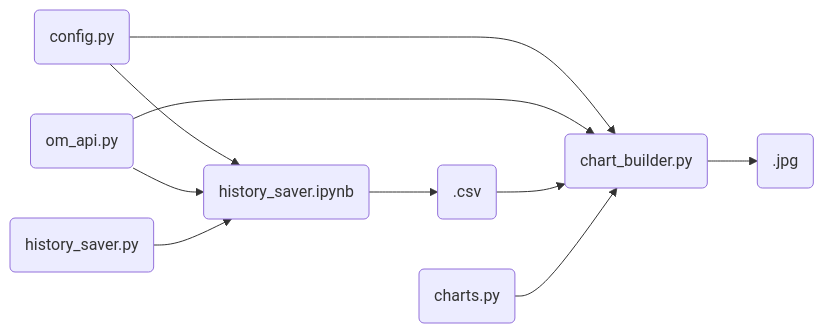
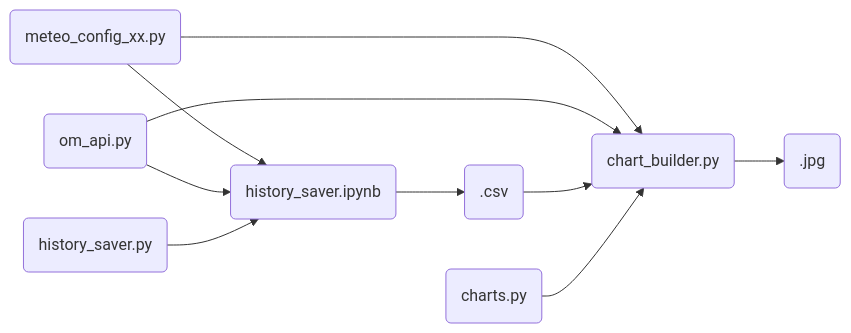
One commit to xianrr/weather changed the diagram in README.md. Above: the diagram before and after it, drawn with Mermaid. The commit also changed other lines of this file and 35 other files, not shown here.

````diff
--- a/README.md
+++ b/README.md
@@ -43,20 +26,20 @@
 ```mermaid
 flowchart LR
-id1(config.py)
+id1(meteo_config_xx.py)
 id2(om_api.py)
 id3(history_saver.py)
 id4(history_saver.ipynb)
 id5(.csv)
 id8(charts.py)
 id6(chart_builder.py)
 id7(.jpg)
 id1 --> id4
 id2 --> id4
 id3 --> id4
 id4 --> id5
 id1 --> id6
 id2 --> id6
 id5 --> id6
 id8 --> id6
 id6 --> id7
 ```
````
